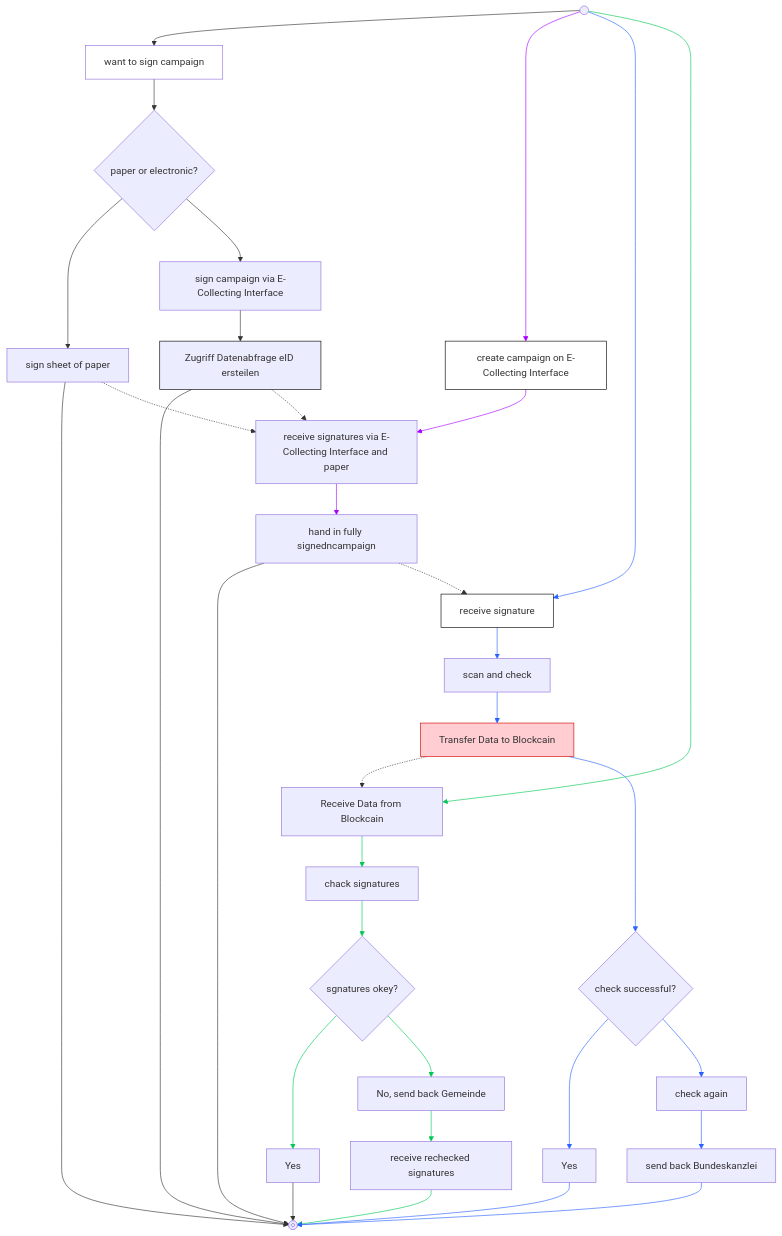
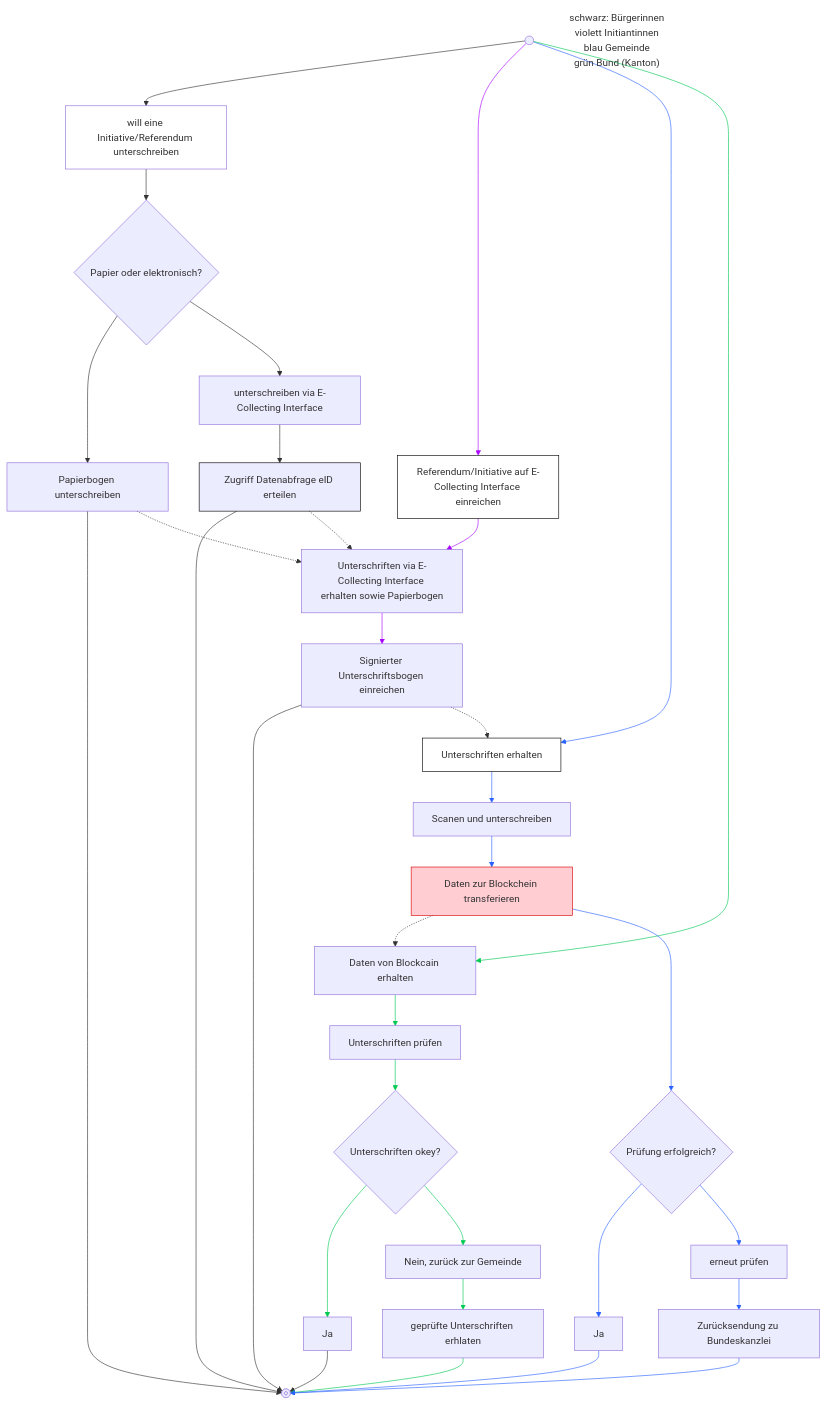
Before and after one commit to swiss/e-collecting-hackathon-team1: the first of 2 diagrams in README.md, drawn with Mermaid.

Commit message:
Update flowchart text in README.md

````diff
--- a/README.md
+++ b/README.md
@@ -172,63 +172,66 @@
 ```mermaid
 flowchart TB
-    A["want to sign campaign"] --> B["paper or electronic?"]
-    B --> C["sign sheet of paper"] & D["sign campaign via E-Collecting Interface"]
-    n1["Bürgerin-Sicht"] --> A & n4["create campaign on E-Collecting Interface"] & n8["receive signature"] & n11["Receive Data from Blockcain"]
-    D --> n2["Zugriff Datenabfrage eID ersteilen"]
+    A["will eine Initiative/Referendum unterschreiben"] --> B["Papier oder elektronisch?"]
+    B --> C["Papierbogen unterschreiben"] & D["unterschreiben via E-Collecting Interface"]
+    n1["Bürgerin-Sicht"] --> A & n4["Referendum/Initiative auf E-Collecting Interface einreichen"] & n8["Unterschriften erhalten"] & n11["Daten von Blockcain erhalten"]
+    D --> n2["Zugriff Datenabfrage eID erteilen"]
     n2 --> n3["Untitled Node"]
     C --> n3
-    n4 --> n5["receive signatures via E-Collecting Interface and paper"]
-    n5 --> n7["hand in fully signedncampaign"]
+    n4 --> n5["Unterschriften via E-Collecting Interface erhalten sowie Papierbogen"]
+    n5 --> n7["Signierter Unterschriftsbogen einreichen"]
     n2 -.-> n5
     n7 --> n3
     C -.-> n5
     n7 -.-> n8
-    n8 --> n9["scan and check"]
-    n9 --> n10["Transfer Data to Blockcain"]
+    n8 --> n9["Scanen und unterschreiben"]
+    n9 --> n10["Daten zur Blockchein transferieren"]
     n10 -.-> n11
-    n10 --> n12["check successful?"]
-    n12 --> n13["Yes"] & n18["check again"]
+    n10 --> n12["Prüfung erfolgreich?"]
+    n12 --> n13["Ja"] & n18["erneut prüfen"]
     n13 --> n3
-    n11 --> n14["chack signatures"]
-    n14 --> n15["sgnatures okey?"]
-    n15 --> n16["Yes"] & n17["No, send back Gemeinde"]
+    n11 --> n14["Unterschriften prüfen"]
+    n14 --> n15["Unterschriften okey?"]
+    n15 --> n16["Ja"] & n17["Nein, zurück zur Gemeinde"]
     n16 --> n3
-    n17 --> n19["receive rechecked signatures"]
+    n17 --> n19["geprüfte Unterschriften erhlaten"]
     n19 --> n3
-    n18 --> n20["send back Bundeskanzlei"]
+    n18 --> n20["Zurücksendung zu Bundeskanzlei"]
     n20 --> n3
+    n21["schwarz: Bürgerinnen<br>violett Initiantinnen<br>blau Gemeinde<br>grün Bund (Kanton)"]
     A@{ shape: proc}
     B@{ shape: decision}
     D@{ shape: rect}
     n1@{ shape: start}
     n4@{ shape: proc}
     n3@{ shape: stop}
     n12@{ shape: decision}
     n15@{ shape: decision}
+    n21@{ shape: text}
     style A fill:transparent
     style n1 stroke:#FFD600,color:#FF6D00
     style n4 fill:transparent,stroke:#000000
     style n8 stroke:#000000,fill:transparent
     style n2 stroke:#000000
     style n10 stroke:#D50000,fill:#FFCDD2
     linkStyle 4 stroke:#AA00FF,fill:none
     linkStyle 5 stroke:#2962FF,fill:none
     linkStyle 6 stroke:#00C853,fill:none
     linkStyle 10 stroke:#AA00FF,fill:none
     linkStyle 11 stroke:#AA00FF,fill:none
     linkStyle 16 stroke:#2962FF,fill:none
     linkStyle 17 stroke:#2962FF,fill:none
     linkStyle 19 stroke:#2962FF,fill:none
     linkStyle 20 stroke:#2962FF,fill:none
     linkStyle 21 stroke:#2962FF,fill:none
     linkStyle 22 stroke:#2962FF,fill:none
     linkStyle 23 stroke:#00C853,fill:none
     linkStyle 24 stroke:#00C853,fill:none
     linkStyle 25 stroke:#00C853,fill:none
     linkStyle 26 stroke:#00C853,fill:none
     linkStyle 28 stroke:#00C853,fill:none
     linkStyle 29 stroke:#00C853,fill:none
     linkStyle 30 stroke:#2962FF,fill:none
     linkStyle 31 stroke:#2962FF,fill:none
 
+
 ```
````
